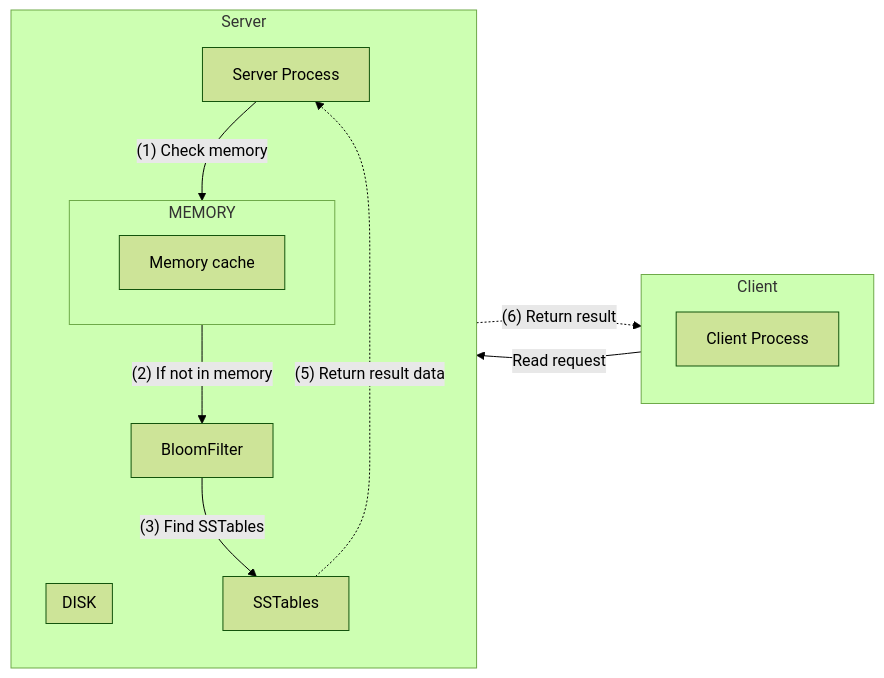
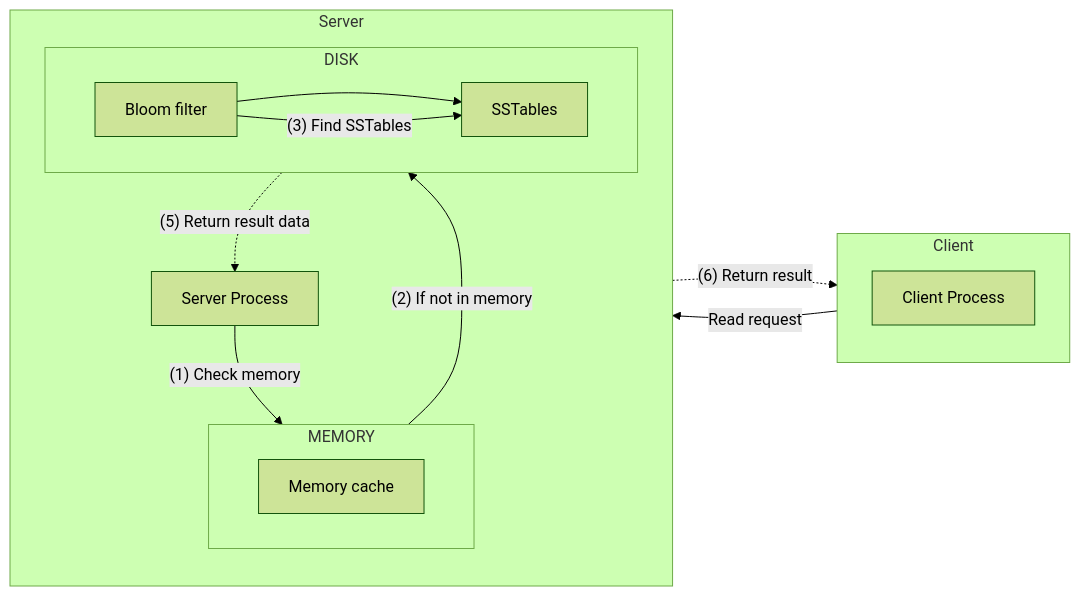
Before and after one commit to udaykirankavaturu/system-design: the seventh of 14 diagrams in designs/redis/design.md, drawn with Mermaid. The commit also changed other lines of this file and 1 other file, not shown here.

Commit message:
redis - add final system architecture

````diff
--- a/designs/redis/design.md
+++ b/designs/redis/design.md
@@ -104,32 +126,31 @@
 ```mermaid
-%%{init: {'theme': 'forest'}}%%
 %%{init: {'theme': 'forest'}}%%
 graph LR
     subgraph ClientBlock["Client"]
         direction TB
         Client["Client Process"]
     end
 
     subgraph Server["Server"]
         direction TB
         Coordinator["Server Process"]
 
         subgraph MEMORY["MEMORY"]
             direction LR
             MemoryCache["Memory cache"]
         end
 
         subgraph DISK["DISK"]
             direction LR
-            %% BloomFilter["Bloom filter"] --> SSTables["SSTables"]
+            BloomFilter["Bloom filter"] --> SSTables["SSTables"]
         end
 
         Coordinator -->|"(1) Check memory"| MemoryCache
         MemoryCache -->|"(2) If not in memory"| BloomFilter
         BloomFilter -->|"(3) Find SSTables"| SSTables
         SSTables -.->|"(5) Return result data"| Coordinator
     end
 
     Client -->|"Read request"| Coordinator
     Coordinator -.->|"(6) Return result"| Client
 ```
````
